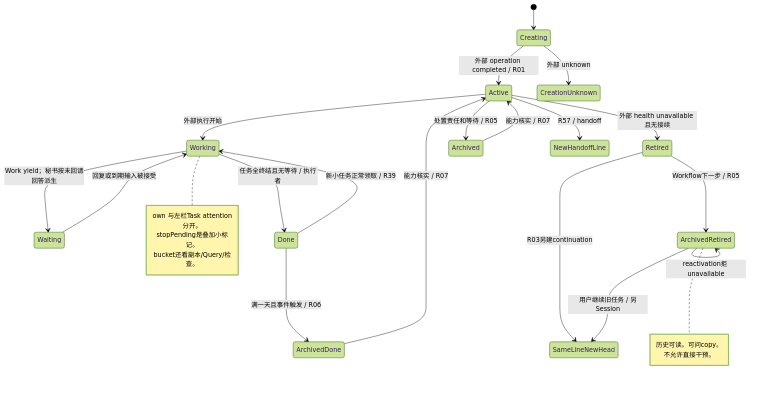
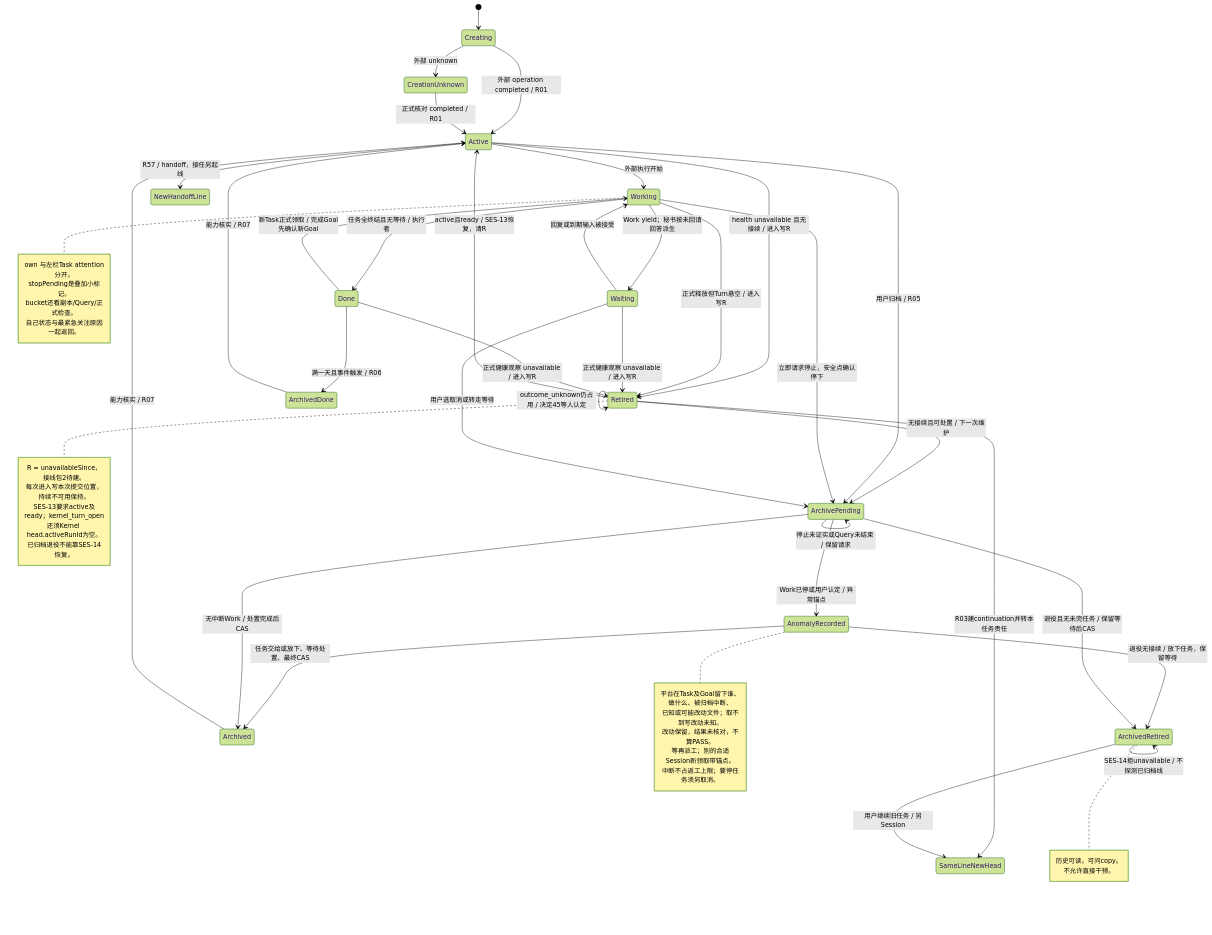
The third of 24 diagrams in docs/refactor/design/orchestration-2026-10/model/DIAGRAMS.md (hk865/coding-platform), drawn with Mermaid (forest theme) before and after one commit. The commit also changed other lines of this file and 1 other file, not shown here.

First line of the commit message:
docs: freeze the wiring-2 spec (U1 = 甲, L10–L12, test-driven section 5) and bring DIAGRAMS up to decisions 42–49

````diff
--- a/docs/refactor/design/orchestration-2026-10/model/DIAGRAMS.md
+++ b/docs/refactor/design/orchestration-2026-10/model/DIAGRAMS.md
@@ -79,30 +107,59 @@
 ```mermaid
 stateDiagram-v2
   [*] --> Creating
   Creating --> Active: 外部 operation completed / R01
   Creating --> CreationUnknown: 外部 unknown
+  CreationUnknown --> Active: 正式核对 completed / R01
   Active --> Working: 外部执行开始
   Working --> Waiting: Work yield；秘书按未回请回答派生
   Working --> Done: 任务全终结且无等待 / 执行者
-  Active --> Retired: 外部 health unavailable 且无接续
+  Active --> Retired: health unavailable 且无接续 / 进入写R
+  Working --> Retired: 正式释放但Turn悬空 / 进入写R
+  Waiting --> Retired: 正式健康观察 unavailable / 进入写R
+  Done --> Retired: 正式健康观察 unavailable / 进入写R
+  Retired --> Active: active且ready / SES-13恢复，清R
   Waiting --> Working: 回复或到期输入被接受
-  Done --> Working: 新小任务正常领取 / R39
+  Done --> Working: 新Task正式领取 / 完成Goal先确认新Goal
   Done --> ArchivedDone: 满一天且事件触发 / R06
-  Retired --> ArchivedRetired: Workflow下一步 / R05
-  Active --> Archived: 处置责任和等待 / R05
+  Retired --> Retired: outcome_unknown仍占用 / 决定45等人认定
+  Retired --> ArchivePending: 无接续且可处置 / 下一次维护
+  Active --> ArchivePending: 用户归档 / R05
+  Working --> ArchivePending: 立即请求停止，安全点确认停下
+  Waiting --> ArchivePending: 用户选取消或转走等待
+  ArchivePending --> ArchivePending: 停止未证实或Query未结束 / 保留请求
+  ArchivePending --> AnomalyRecorded: Work已停或用户认定 / 异常锚点
+  AnomalyRecorded --> Archived: 任务交给或放下、等待处置、最终CAS
+  AnomalyRecorded --> ArchivedRetired: 退役无接续 / 放下任务，保留等待
+  ArchivePending --> Archived: 无中断Work / 处置完成后CAS
+  ArchivePending --> ArchivedRetired: 退役且无未完任务 / 保留等待后CAS
   ArchivedDone --> Active: 能力核实 / R07
   Archived --> Active: 能力核实 / R07
-  ArchivedRetired --> ArchivedRetired: reactivation拒 unavailable
-  Retired --> SameLineNewHead: R03另建continuation
+  ArchivedRetired --> ArchivedRetired: SES-14拒unavailable / 不探测已归档线
+  Retired --> SameLineNewHead: R03建continuation并转本任务责任
   ArchivedRetired --> SameLineNewHead: 用户继续旧任务 / 另Session
-  Active --> NewHandoffLine: R57 / handoff
+  Active --> NewHandoffLine: R57 / handoff，接任另起线
+  note right of Retired
+    R = unavailableSince，接线包2待建。
+    每次进入写本次提交位置，持续不可用保持。
+    SES-13要求active及ready；kernel_turn_open
+    还须Kernel head.activeRunId为空。
+    已归档退役不能靠SES-14恢复。
+  end note
+  note right of AnomalyRecorded
+    平台在Task及Goal留下谁、做什么、被归档中断、
+    已知或可能改动文件；取不到写改动未知。
+    改动保留，结果未核对，不算PASS。
+    等再派工；别的合适Session新领取带锚点。
+    中断不占返工上限；要停任务须另取消。
+  end note
   note right of Working
     own 与左栏Task attention分开。
     stopPending是叠加小标记。
-    bucket还看副本/Query/检查。
+    bucket还看副本/Query/正式检查。
+    自己状态与最紧急关注原因一起返回。
   end note
   note right of ArchivedRetired
     历史可读。可问copy。
     不允许直接干预。
   end note
 ```
````
